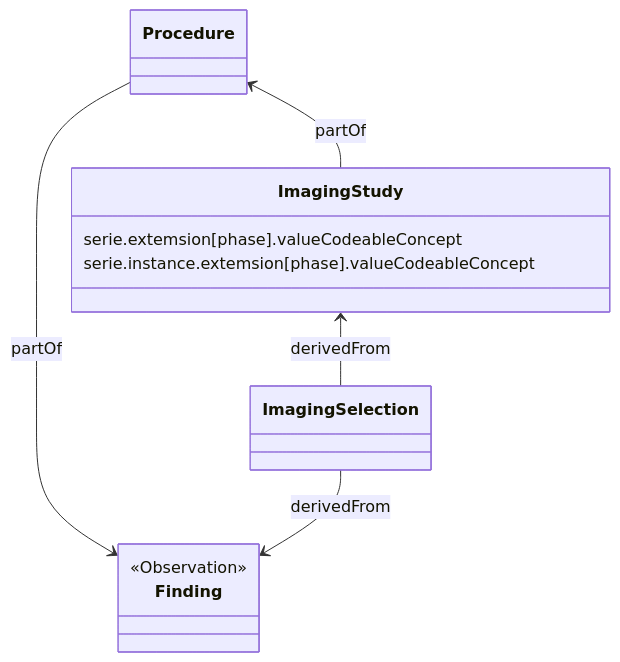
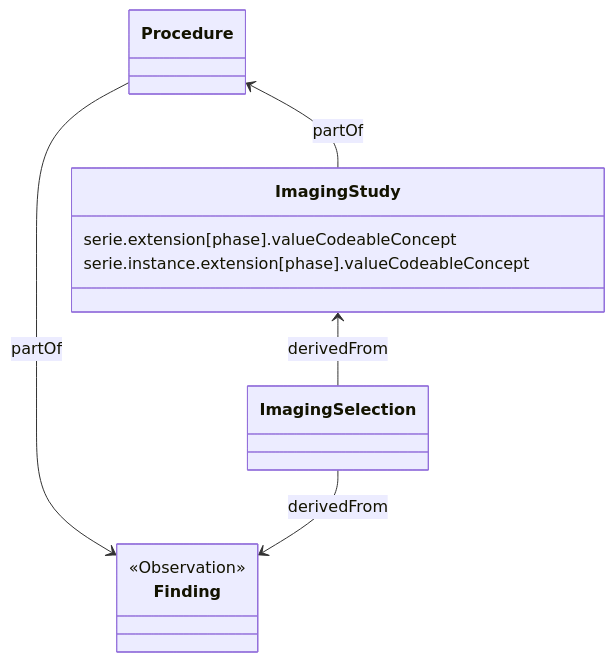
Before and after one commit to oijauregui/ehdsimaging: the fourth of 5 diagrams in input/pagecontent/design-consideration-procedure-phases.md, drawn with Mermaid. The commit also changed other lines of this file and 37 other files, not shown here.

````diff
--- a/input/pagecontent/design-consideration-procedure-phases.md
+++ b/input/pagecontent/design-consideration-procedure-phases.md
@@ -98,15 +97,15 @@
 ```mermaid
 classDiagram
   direction TD
   class ImagingStudy{
-    serie.extemsion[phase].valueCodeableConcept
-    serie.instance.extemsion[phase].valueCodeableConcept
+    serie.extension[phase].valueCodeableConcept
+    serie.instance.extension[phase].valueCodeableConcept
   }
   class ImagingSelection
   class Finding{ <<Observation>> }
   
   Procedure <-- ImagingStudy : partOf
   Procedure --> Finding: partOf
   ImagingSelection --> Finding: derivedFrom
   ImagingStudy <-- ImagingSelection: derivedFrom
 ```
````
